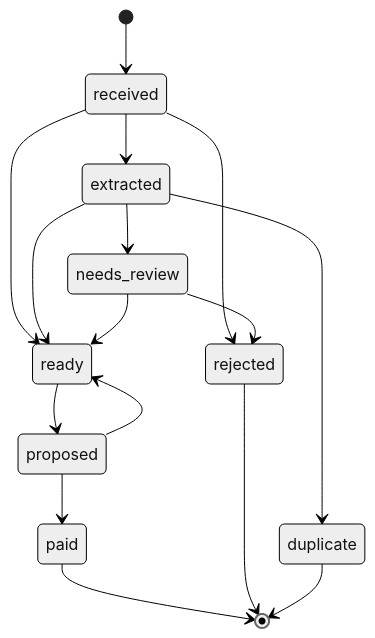
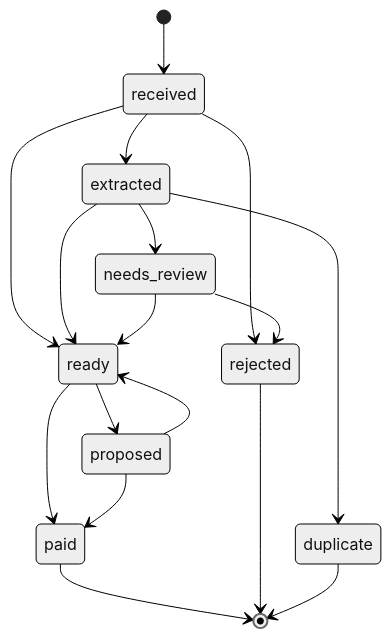
The sixth of 25 diagrams in docs/architecture.md (rogerjeasy/kin), drawn with Mermaid (neutral theme) before and after one commit. The commit also changed 8 other files, not shown here.

````diff
--- a/docs/architecture.md
+++ b/docs/architecture.md
@@ -452,18 +452,19 @@
 ```mermaid
 stateDiagram-v2
     [*] --> received
     received --> extracted
     received --> ready
     received --> rejected
     extracted --> needs_review
     extracted --> ready
     needs_review --> ready
     needs_review --> rejected
     extracted --> duplicate
     ready --> proposed
+    ready --> paid
     proposed --> paid
     proposed --> ready
     paid --> [*]
     rejected --> [*]
     duplicate --> [*]
 ```
````
